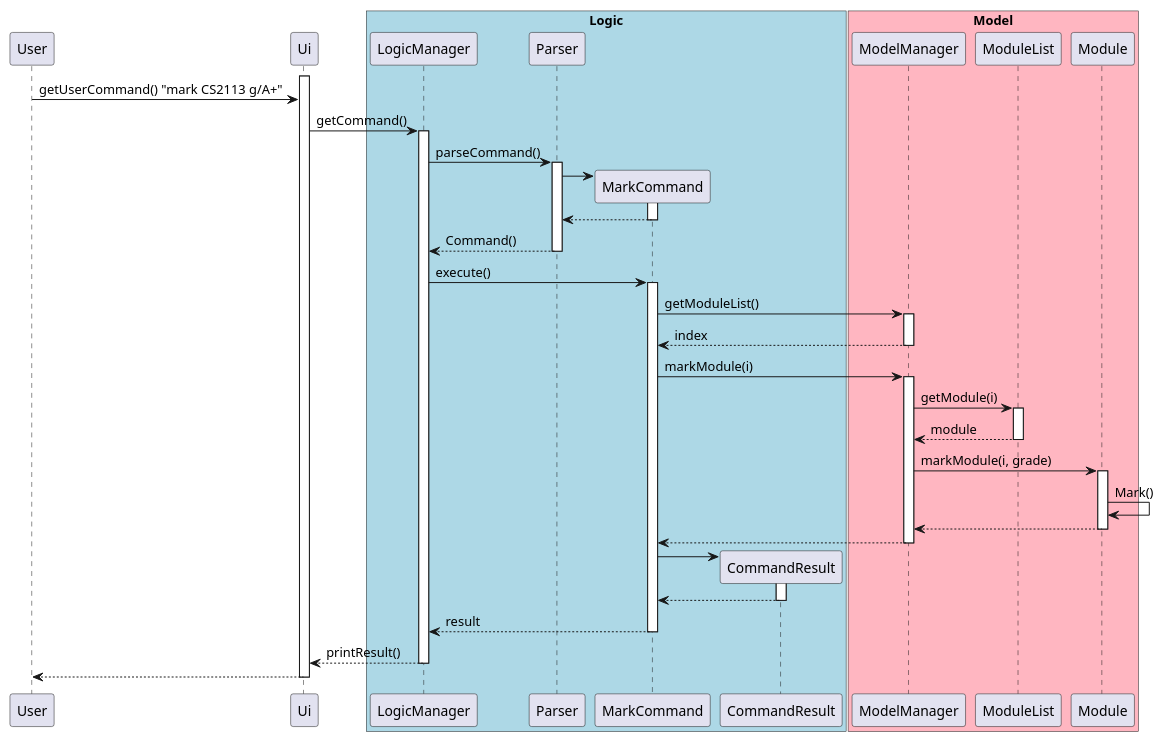
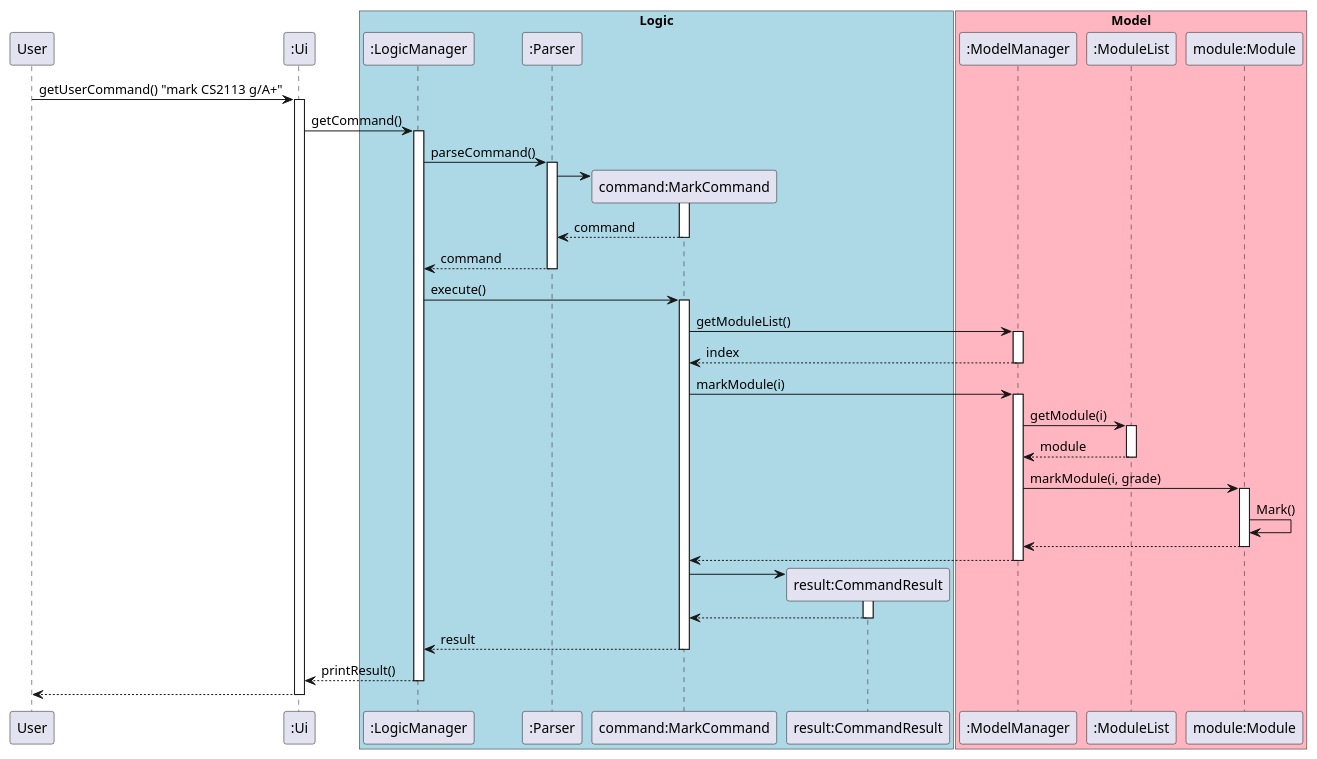
The diagram in docs/uml/sourcecode/MarkModSequence.puml (sriram-senthilkr/tp), drawn with PlantUML before and after one commit. The commit also changed 20 other files, not shown here.

Commit message:
Fix diagrams 1

```diff
--- a/docs/uml/sourcecode/MarkModSequence.puml
+++ b/docs/uml/sourcecode/MarkModSequence.puml
@@ -1,75 +1,85 @@
 @startuml
 participant User
+participant ":Ui" as Ui
 
+box "Logic" #LightBlue
+participant ":LogicManager" as LogicManager
+participant ":Parser" as Parser
+participant "command:MarkCommand" as MarkCommand
+participant "result:CommandResult" as CommandResult
+end box
+
+box "Model" #LightPink
+participant ":ModelManager" as ModelManager
+participant ":ModuleList" as ModuleList
+participant "module:Module" as Module
+end box
+
+
+User -> Ui: getUserCommand() "mark CS2113 g/A+"
 activate Ui
-User -> Ui: getUserCommand() "mark CS2113 g/A+"
-box "Logic" #LightBlue
+
 Ui -> LogicManager: getCommand()
 activate LogicManager
 
 LogicManager -> Parser: parseCommand()
 activate Parser
 
 create MarkCommand
 Parser -> MarkCommand
 activate MarkCommand
 
-MarkCommand --> Parser:
+MarkCommand --> Parser: command
 deactivate MarkCommand
 
 
-Parser --> LogicManager: Command()
+Parser --> LogicManager: command
 deactivate Parser
 
 
 LogicManager -> MarkCommand: execute()
 activate MarkCommand
-participant CommandResult
 
-end box
-
-
-box "Model" #LightPink
 
 MarkCommand -> ModelManager: getModuleList()
 activate ModelManager
 ModelManager --> MarkCommand: index
 deactivate ModelManager
 
 MarkCommand -> ModelManager: markModule(i)
 activate ModelManager
 
 ModelManager -> ModuleList: getModule(i)
 activate ModuleList
 
 ModuleList --> ModelManager: module
 deactivate ModuleList
 
 ModelManager -> Module: markModule(i, grade)
 activate Module
 Module -> Module: Mark()
 
 Module --> ModelManager
 deactivate Module
 
 ModelManager --> MarkCommand
 deactivate ModelManager
 
 create CommandResult
 
 
 MarkCommand -> CommandResult
 activate CommandResult
 CommandResult --> MarkCommand
 deactivate CommandResult
 
 MarkCommand --> LogicManager: result
 deactivate MarkCommand
 
 LogicManager --> Ui: printResult()
 deactivate LogicManager
 
 Ui --> User
 deactivate Ui
 
 @enduml
```
